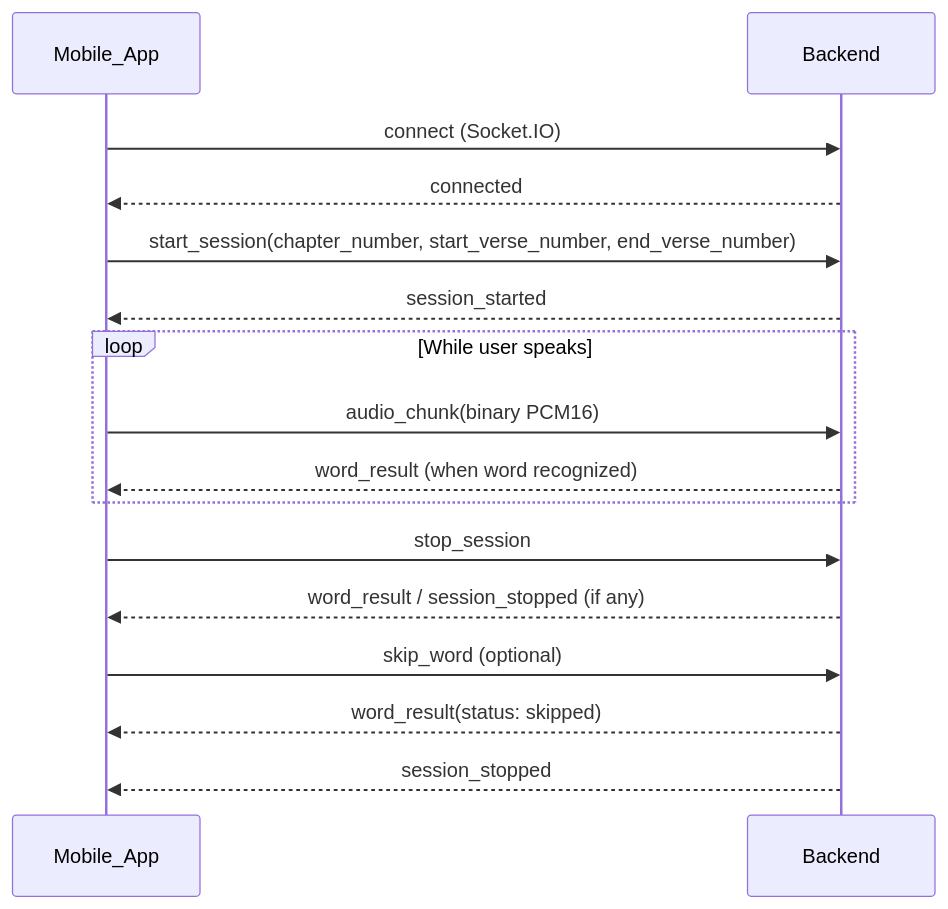
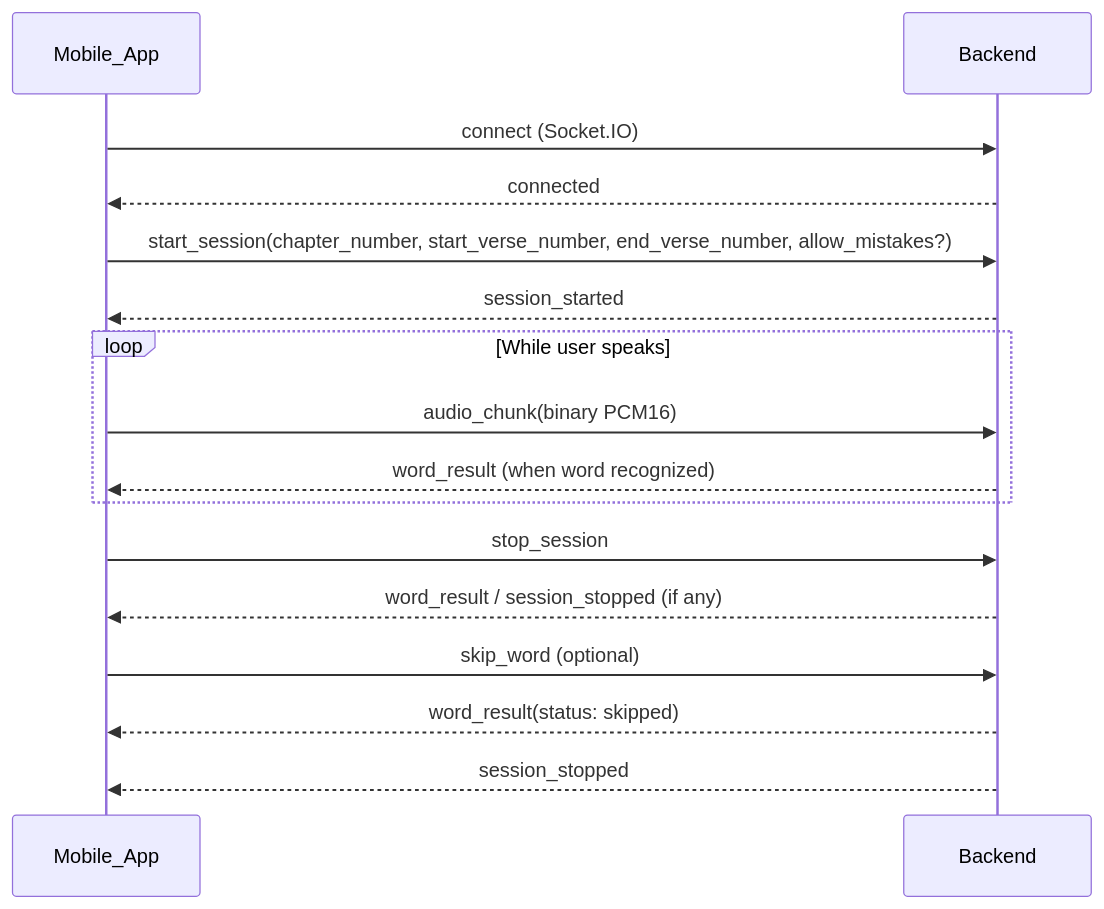
The diagram in docs/SOCKET_INTEGRATION.md (basemkhirat/pyquran2), drawn with Mermaid before and after one commit. The commit also changed other lines of this file and 24 other files, not shown here.

First line of the commit message:
Add allow_mistakes feature to session management

````diff
--- a/docs/SOCKET_INTEGRATION.md
+++ b/docs/SOCKET_INTEGRATION.md
@@ -61,24 +61,24 @@
 ```mermaid
 sequenceDiagram
     participant Mobile as Mobile_App
     participant Server as Backend
 
     Mobile->>Server: connect (Socket.IO)
     Server-->>Mobile: connected
 
-    Mobile->>Server: start_session(chapter_number, start_verse_number, end_verse_number)
+    Mobile->>Server: start_session(chapter_number, start_verse_number, end_verse_number, allow_mistakes?)
     Server-->>Mobile: session_started
 
     loop While user speaks
         Mobile->>Server: audio_chunk(binary PCM16)
         Server-->>Mobile: word_result (when word recognized)
     end
 
     Mobile->>Server: stop_session
     Server-->>Mobile: word_result / session_stopped (if any)
 
     Mobile->>Server: skip_word (optional)
     Server-->>Mobile: word_result(status: skipped)
 
     Server-->>Mobile: session_stopped
 ```
````
